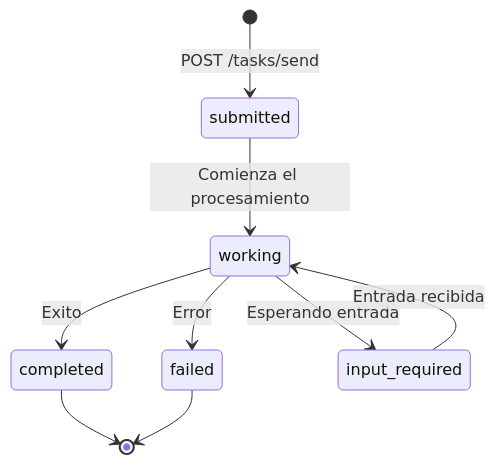
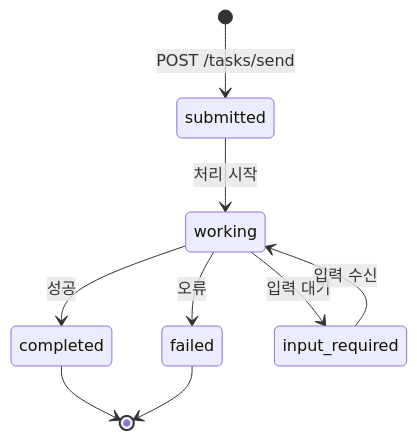
The fourth of 5 diagrams in README.ko.md (s-hiraoku/synapse-a2a), drawn with Mermaid before and after one commit. The commit also changed other lines of this file and 7 other files, not shown here.

````diff
--- a/README.ko.md
+++ b/README.ko.md
@@ -929,11 +833,11 @@
 ```mermaid
 stateDiagram-v2
     [*] --> submitted: POST /tasks/send
-    submitted --> working: Comienza el procesamiento
-    working --> completed: Exito
-    working --> failed: Error
-    working --> input_required: Esperando entrada
-    input_required --> working: Entrada recibida
+    submitted --> working: 처리 시작
+    working --> completed: 성공
+    working --> failed: 오류
+    working --> input_required: 입력 대기
+    input_required --> working: 입력 수신
     completed --> [*]
     failed --> [*]
 ```
````
